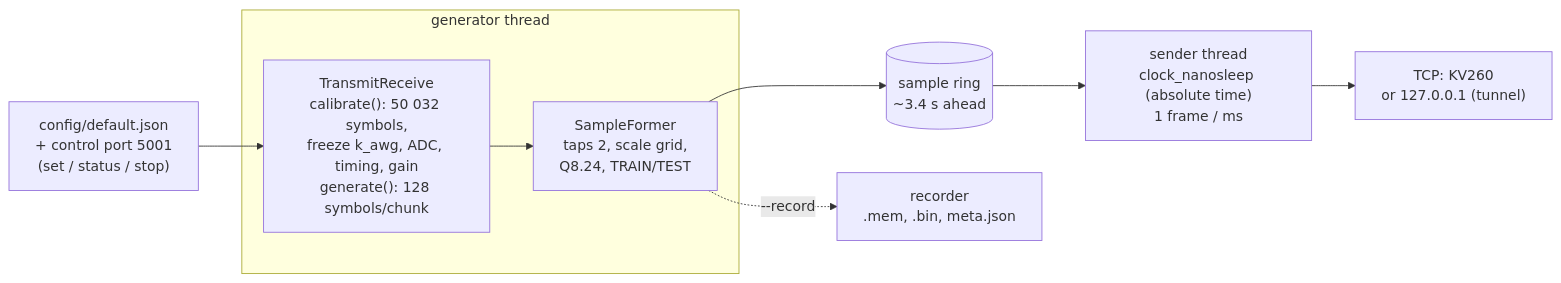
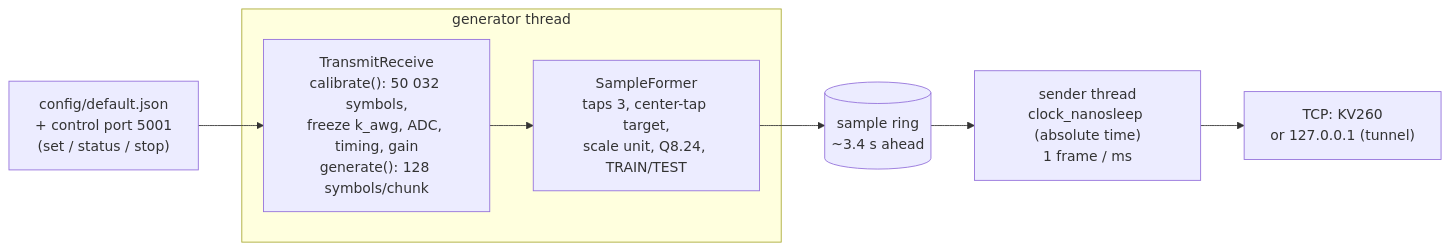
Before and after one commit to ahmedabdellatif7700/arof-rt-generator: the third of 5 diagrams in docs/DEMO.md, drawn with Mermaid. The commit also changed other lines of this file and 18 other files, not shown here.

````diff
--- a/docs/DEMO.md
+++ b/docs/DEMO.md
@@ -113,12 +139,11 @@
 ```mermaid
 flowchart LR
     CFG["config/default.json<br/>+ control port 5001<br/>(set / status / stop)"] --> TR
     subgraph GT["generator thread"]
         TR["TransmitReceive<br/>calibrate(): 50 032 symbols,<br/>freeze k_awg, ADC, timing, gain<br/>generate(): 128 symbols/chunk"]
-        TR --> SFm["SampleFormer<br/>taps 2, scale grid,<br/>Q8.24, TRAIN/TEST"]
+        TR --> SFm["SampleFormer<br/>taps 3, center-tap target,<br/>scale unit, Q8.24, TRAIN/TEST"]
     end
     SFm --> RING[("sample ring<br/>~3.4 s ahead")]
     RING --> SND["sender thread<br/>clock_nanosleep (absolute time)<br/>1 frame / ms"]
     SND --> NET["TCP: KV260<br/>or 127.0.0.1 (tunnel)"]
-    SFm -. "--record" .-> REC["recorder<br/>.mem, .bin, meta.json"]
 ```
````
